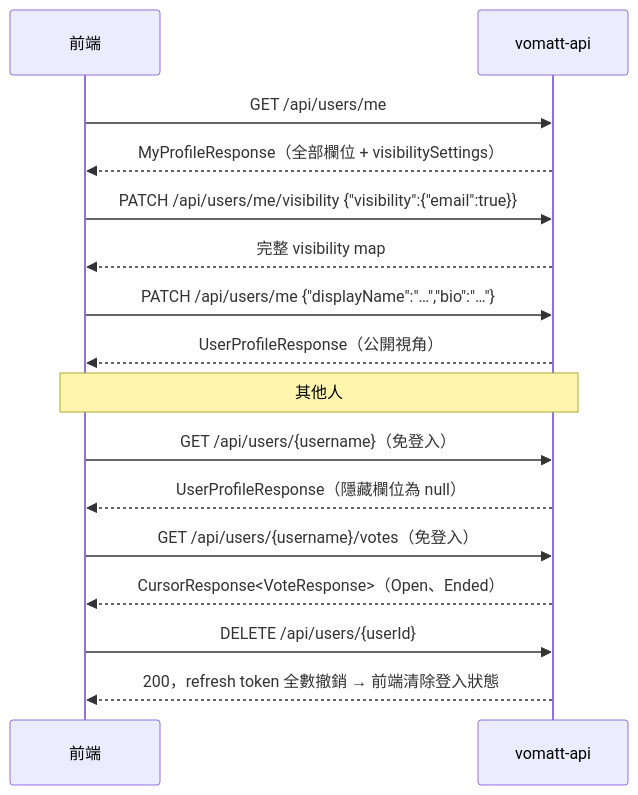
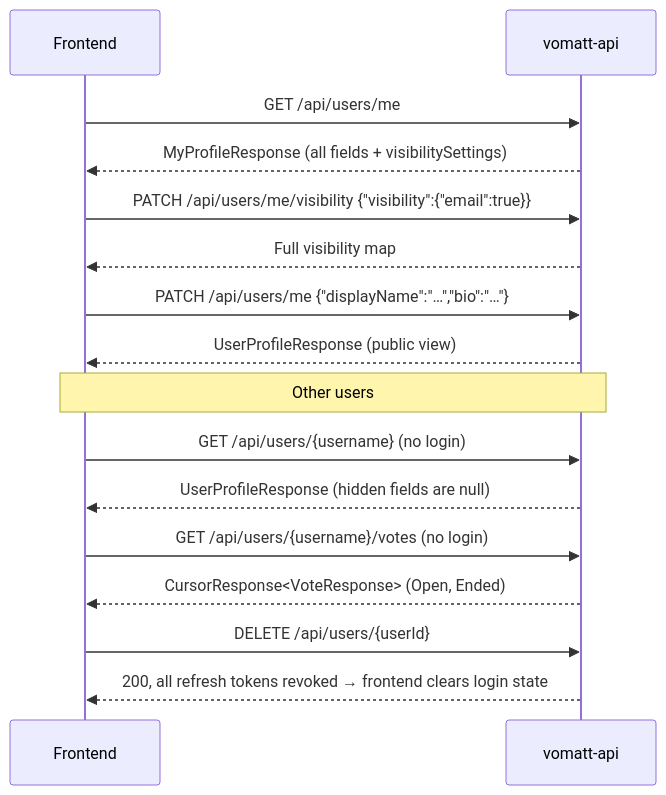
The diagram in docs/frontend/flows/profile.md (vomatt/vomatt-api), drawn with Mermaid before and after one commit. The commit also changed other lines of this file and 91 other files, not shown here.

````diff
--- a/docs/frontend/flows/profile.md
+++ b/docs/frontend/flows/profile.md
@@ -7,18 +7,18 @@
 ```mermaid
 sequenceDiagram
-    participant FE as 前端
+    participant FE as Frontend
     participant API as vomatt-api
     FE->>API: GET /api/users/me
-    API-->>FE: MyProfileResponse（全部欄位 + visibilitySettings）
+    API-->>FE: MyProfileResponse (all fields + visibilitySettings)
     FE->>API: PATCH /api/users/me/visibility {"visibility":{"email":true}}
-    API-->>FE: 完整 visibility map
+    API-->>FE: Full visibility map
     FE->>API: PATCH /api/users/me {"displayName":"…","bio":"…"}
-    API-->>FE: UserProfileResponse（公開視角）
-    Note over FE,API: 其他人
-    FE->>API: GET /api/users/{username}（免登入）
-    API-->>FE: UserProfileResponse（隱藏欄位為 null）
-    FE->>API: GET /api/users/{username}/votes（免登入）
-    API-->>FE: CursorResponse<VoteResponse>（Open、Ended）
+    API-->>FE: UserProfileResponse (public view)
+    Note over FE,API: Other users
+    FE->>API: GET /api/users/{username} (no login)
+    API-->>FE: UserProfileResponse (hidden fields are null)
+    FE->>API: GET /api/users/{username}/votes (no login)
+    API-->>FE: CursorResponse<VoteResponse> (Open, Ended)
     FE->>API: DELETE /api/users/{userId}
-    API-->>FE: 200，refresh token 全數撤銷 → 前端清除登入狀態
+    API-->>FE: 200, all refresh tokens revoked → frontend clears login state
 ```
````
